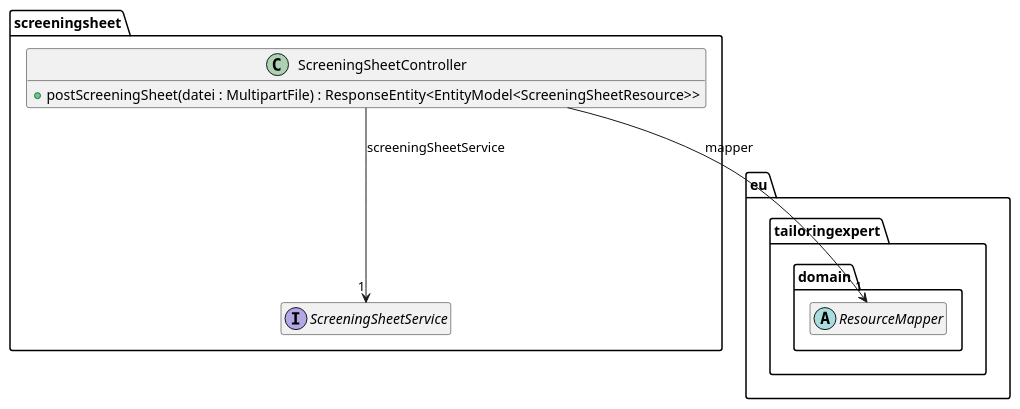
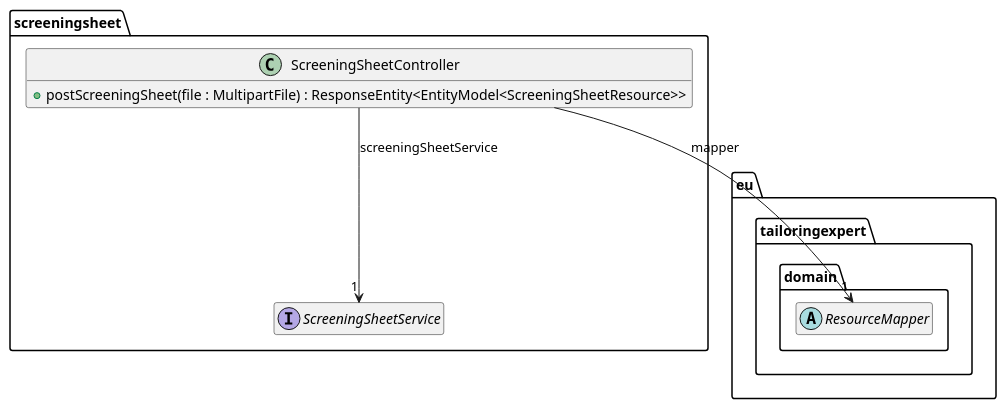
One commit to tailoringexpert/platform changed the diagram in src/site/arc42/plantuml/rest/screeningsheet/Ebene3.plantuml. Above: the diagram before and after it, drawn with PlantUML. The commit also changed 11 other files, not shown here.

```diff
--- a/src/site/arc42/plantuml/rest/screeningsheet/Ebene3.plantuml
+++ b/src/site/arc42/plantuml/rest/screeningsheet/Ebene3.plantuml
@@ -1,22 +1,22 @@
 @startuml
 hide empty members
 
 package eu.tailoringexpert {
     package domain {
         abstract class ResourceMapper
     }
 }
 
 package screeningsheet {
 
     interface ScreeningSheetService {
     }
 
     class ScreeningSheetController {
-        +postScreeningSheet(datei : MultipartFile) : ResponseEntity<EntityModel<ScreeningSheetResource>>
+        +postScreeningSheet(file : MultipartFile) : ResponseEntity<EntityModel<ScreeningSheetResource>>
     }
     ScreeningSheetController --> "1" ResourceMapper : mapper
     ScreeningSheetController --> "1" ScreeningSheetService : screeningSheetService
 
 }
 @enduml
```
